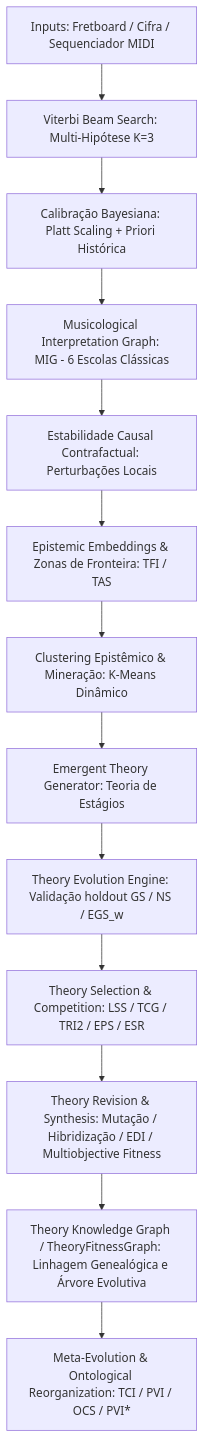
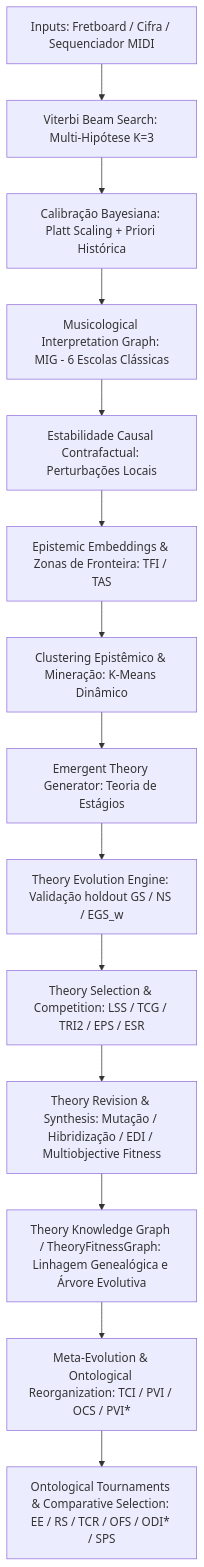
One commit to gustavoesteves/FindChord changed the diagram in README.md. Above: the diagram before and after it, drawn with Mermaid. The commit also changed other lines of this file and 9 other files, not shown here.

Commit message:
feat(f11-n): implement comparative ontological selection and tournament

````diff
--- a/README.md
+++ b/README.md
@@ -13,15 +13,16 @@
 ```mermaid
 graph TD
     A[Inputs: Fretboard / Cifra / Sequenciador MIDI] --> B[Viterbi Beam Search: Multi-Hipótese K=3]
     B --> C[Calibração Bayesiana: Platt Scaling + Priori Histórica]
     C --> D[Musicological Interpretation Graph: MIG - 6 Escolas Clássicas]
     D --> E[Estabilidade Causal Contrafactual: Perturbações Locais]
     E --> F[Epistemic Embeddings & Zonas de Fronteira: TFI / TAS]
     F --> G[Clustering Epistêmico & Mineração: K-Means Dinâmico]
     G --> H[Emergent Theory Generator: Teoria de Estágios]
     H --> I[Theory Evolution Engine: Validação holdout GS / NS / EGS_w]
     I --> J[Theory Selection & Competition: LSS / TCG / TRI2 / EPS / ESR]
     J --> K[Theory Revision & Synthesis: Mutação / Hibridização / EDI / Multiobjective Fitness]
     K --> L[Theory Knowledge Graph / TheoryFitnessGraph: Linhagem Genealógica e Árvore Evolutiva]
     L --> M[Meta-Evolution & Ontological Reorganization: TCI / PVI / OCS / PVI*]
+    M --> N[Ontological Tournaments & Comparative Selection: EE / RS / TCR / OFS / ODI* / SPS]
 ```
````
